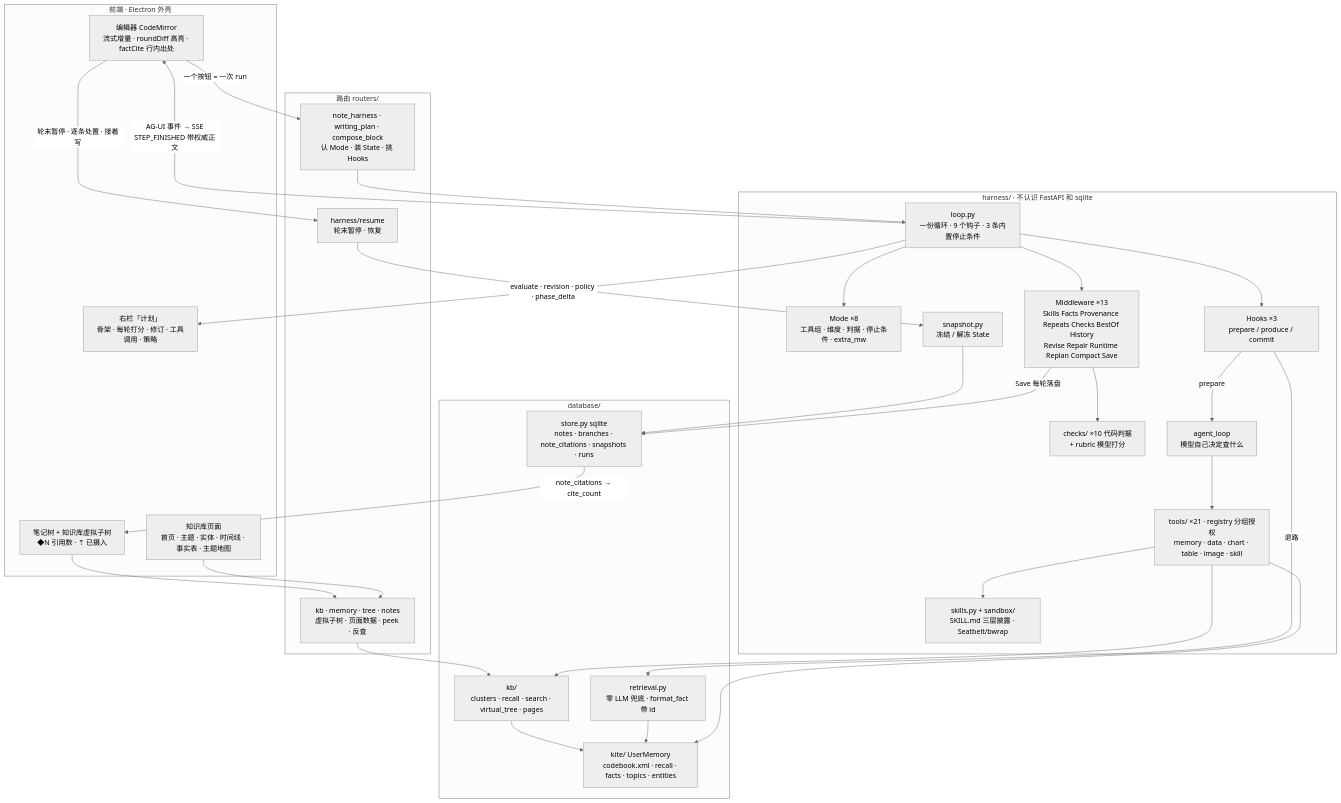
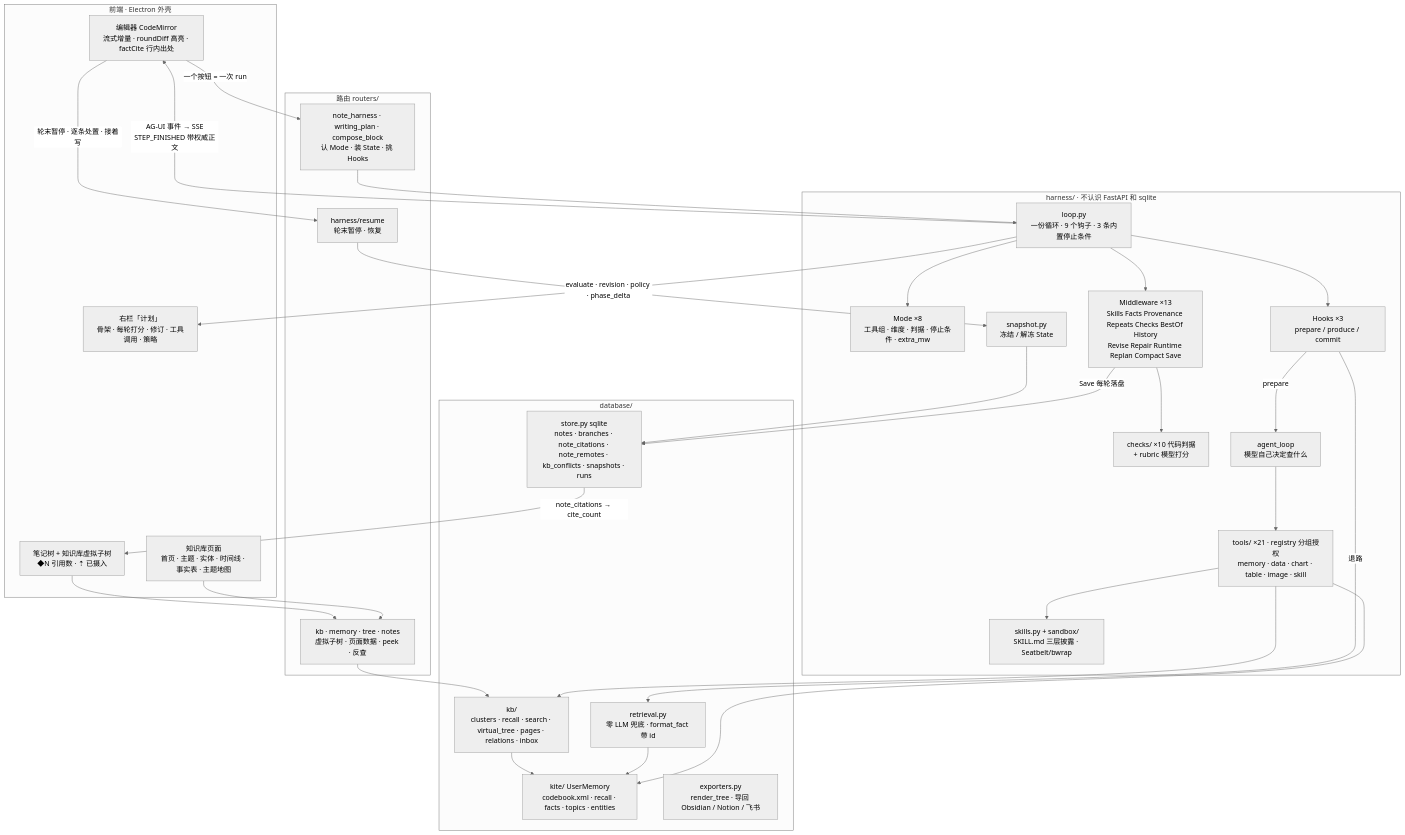
One commit to huilongbaba/MEMOKET_NOTE changed the diagram in docs/harness-framework.md. Above: the diagram before and after it, drawn with Mermaid (neutral theme). The commit also changed other lines of this file, not shown here.

Commit message:
docs(harness-framework): 目录图补 relations / inbox / exporters / feishu / note_remotes / kb_conflicts

````diff
--- a/docs/harness-framework.md
+++ b/docs/harness-framework.md
@@ -41,59 +41,60 @@
 ```mermaid
 flowchart TB
   subgraph UI["前端 · Electron 外壳"]
     ED["编辑器 CodeMirror<br/>流式增量 · roundDiff 高亮 · factCite 行内出处"]
     PLAN["右栏「计划」<br/>骨架 · 每轮打分 · 修订 · 工具调用 · 策略"]
     TREE["笔记树 + 知识库虚拟子树<br/>◆N 引用数 · ⇡ 已摄入"]
     KBP["知识库页面<br/>首页 · 主题 · 实体 · 时间线 · 事实表 · 主题地图"]
   end
 
   subgraph API["路由 routers/"]
     NH["note_harness · writing_plan · compose_block<br/>认 Mode · 装 State · 挑 Hooks"]
     RS["harness/resume<br/>轮末暂停 · 恢复"]
     KBR["kb · memory · tree · notes<br/>虚拟子树 · 页面数据 · peek · 反查"]
   end
 
   subgraph H["harness/ · 不认识 FastAPI 和 sqlite"]
     LOOP["loop.py<br/>一份循环 · 9 个钩子 · 3 条内置停止条件"]
     MODE["Mode ×8<br/>工具组 · 维度 · 判据 · 停止条件 · extra_mw"]
     HOOKS["Hooks ×3<br/>prepare / produce / commit"]
     MW["Middleware ×13<br/>Skills Facts Provenance Repeats Checks BestOf History<br/>Revise Repair Runtime Replan Compact Save"]
     CHK["checks/ ×10 代码判据<br/>+ rubric 模型打分"]
     TOOLS["tools/ ×21 · registry 分组授权<br/>memory · data · chart · table · image · skill"]
     AL["agent_loop<br/>模型自己决定查什么"]
     SK["skills.py + sandbox/<br/>SKILL.md 三层披露 · Seatbelt/bwrap"]
     SNAP["snapshot.py<br/>冻结 / 解冻 State"]
   end
 
   subgraph DB["database/"]
-    STORE["store.py sqlite<br/>notes · branches · note_citations · snapshots · runs"]
+    STORE["store.py sqlite<br/>notes · branches · note_citations · note_remotes · kb_conflicts · snapshots · runs"]
     KITE["kite/ UserMemory<br/>codebook.xml · recall · facts · topics · entities"]
-    KB["kb/<br/>clusters · recall · search · virtual_tree · pages"]
+    KB["kb/<br/>clusters · recall · search · virtual_tree · pages · relations · inbox"]
+    EXP["exporters.py<br/>render_tree · 导回 Obsidian / Notion / 飞书"]
     RET["retrieval.py<br/>零 LLM 兜底 · format_fact 带 id"]
   end
 
   ED -- "一个按钮 = 一次 run" --> NH
   NH --> LOOP
   LOOP --> MODE
   LOOP --> HOOKS
   LOOP --> MW
   MW --> CHK
   HOOKS -- prepare --> AL
   AL --> TOOLS
   TOOLS --> KITE
   TOOLS --> KB
   TOOLS --> SK
   HOOKS -- 退路 --> RET
   RET --> KITE
   MW -- Save 每轮落盘 --> STORE
   SNAP --> STORE
   RS --> SNAP
   LOOP -- "AG-UI 事件 → SSE<br/>STEP_FINISHED 带权威正文" --> ED
   LOOP -- "evaluate · revision · policy · phase_delta" --> PLAN
   STORE -- "note_citations → cite_count" --> TREE
   KBR --> KB
   KB --> KITE
   KBP --> KBR
   TREE --> KBR
   ED -- "轮末暂停 · 逐条处置 · 接着写" --> RS
 ```
````
